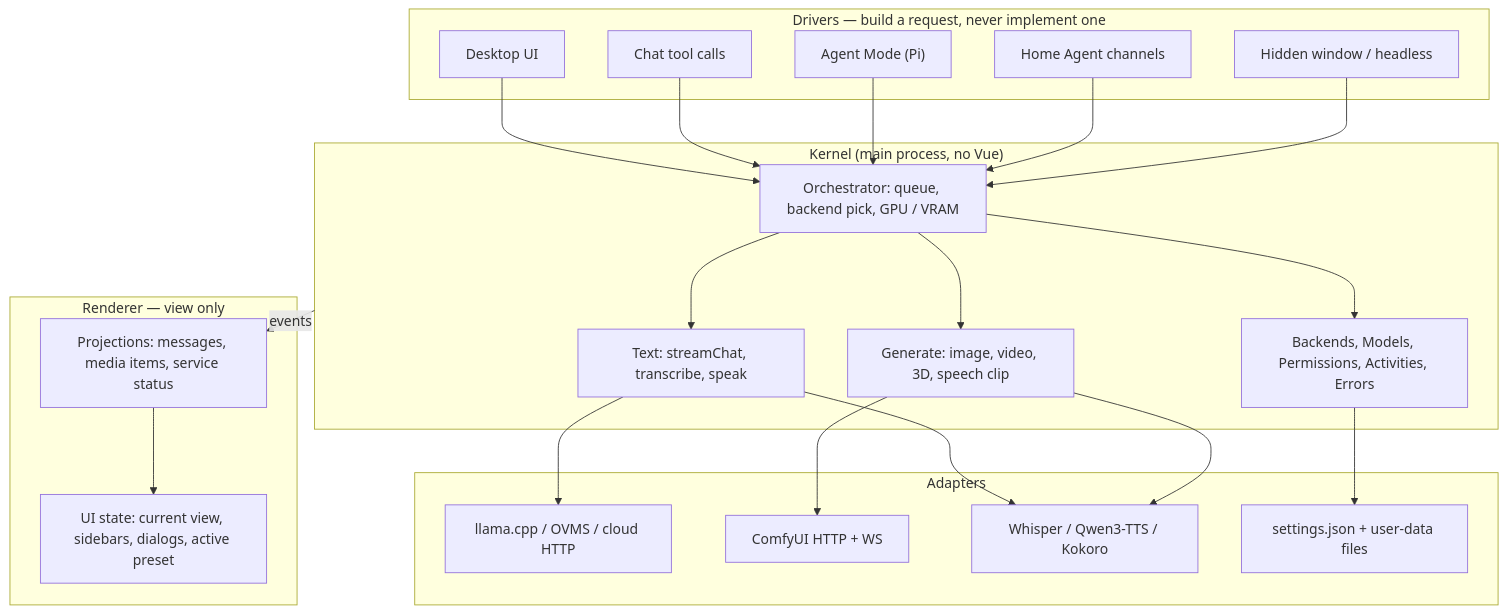
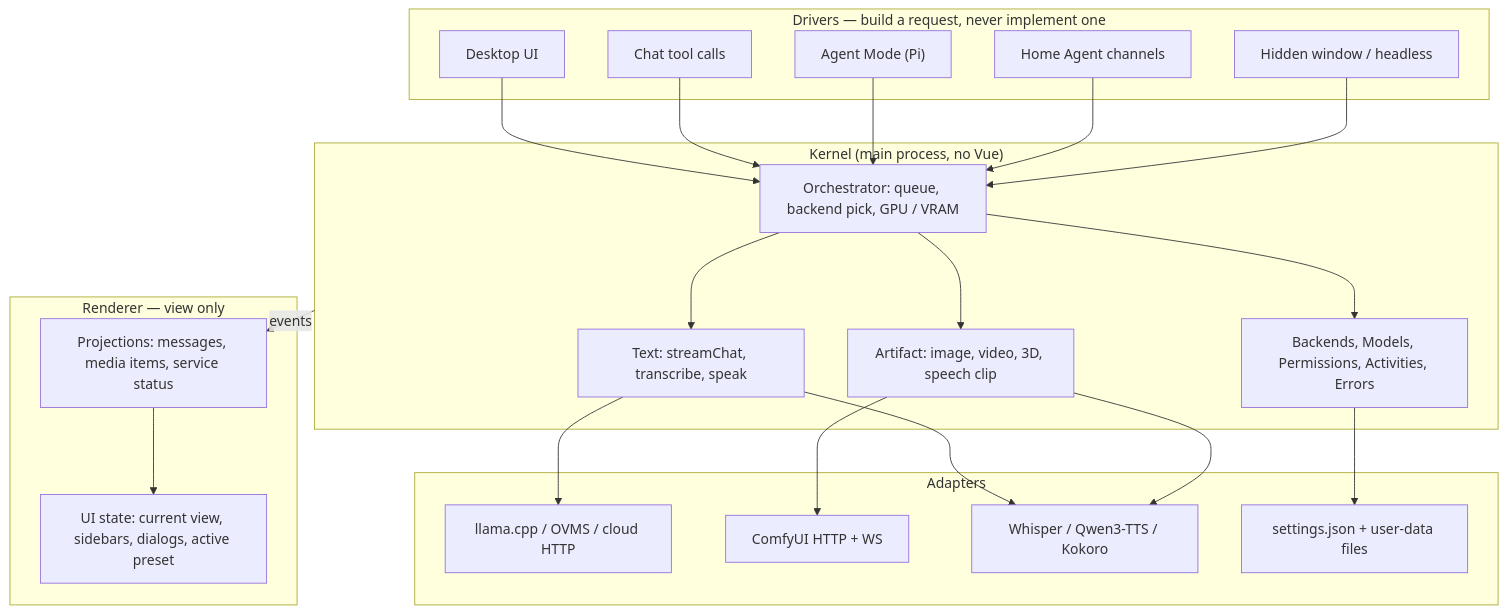
One commit to TNG/AI-Playground changed the second of 6 diagrams in docs/architecture-target.md. Above: the diagram before and after it, drawn with Mermaid. The commit also changed other lines of this file and 1 other file, not shown here.

Commit message:
docs: rename Generate capability to Artifact

````diff
--- a/docs/architecture-target.md
+++ b/docs/architecture-target.md
@@ -113,48 +113,48 @@
 ```mermaid
 flowchart TD
   subgraph drivers["Drivers — build a request, never implement one"]
     ui["Desktop UI"]
     chatTools["Chat tool calls"]
     agent["Agent Mode (Pi)"]
     ha["Home Agent channels"]
     hidden["Hidden window / headless"]
   end
 
   subgraph kernel["Kernel (main process, no Vue)"]
     orch["Orchestrator: queue, backend pick, GPU / VRAM"]
     text["Text: streamChat, transcribe, speak"]
-    mediaCap["Generate: image, video, 3D, speech clip"]
+    artifact["Artifact: image, video, 3D, speech clip"]
     support["Backends, Models, Permissions, Activities, Errors"]
   end
 
   subgraph adapters["Adapters"]
     inference["llama.cpp / OVMS / cloud HTTP"]
     comfy["ComfyUI HTTP + WS"]
     speech["Whisper / Qwen3-TTS / Kokoro"]
     store["settings.json + user-data files"]
   end
 
   subgraph view["Renderer — view only"]
     projection["Projections: messages, media items, service status"]
     uiState2["UI state: current view, sidebars, dialogs, active preset"]
   end
 
   ui --> orch
   chatTools --> orch
   agent --> orch
   ha --> orch
   hidden --> orch
 
   orch --> text
-  orch --> mediaCap
+  orch --> artifact
   orch --> support
 
   text --> inference
   text --> speech
-  mediaCap --> comfy
-  mediaCap --> speech
+  artifact --> comfy
+  artifact --> speech
   support --> store
 
   kernel -->|"events"| projection
   projection --> uiState2
 ```
````
